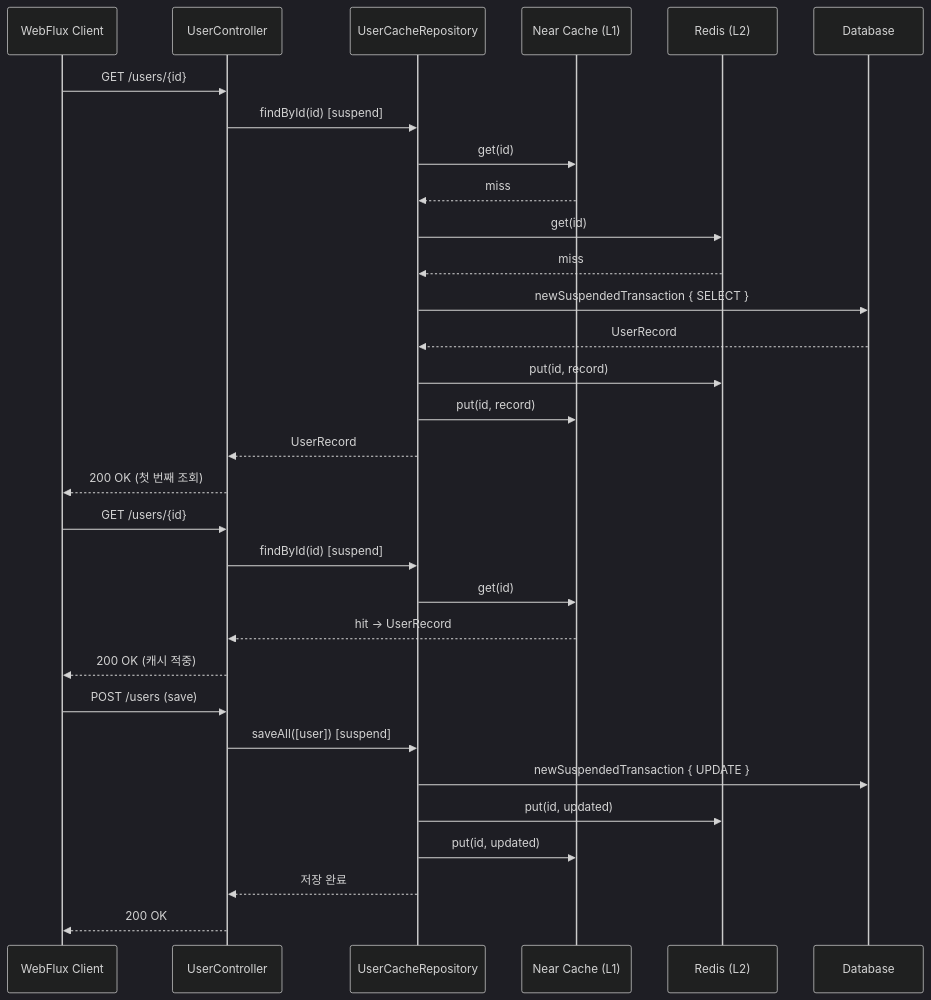
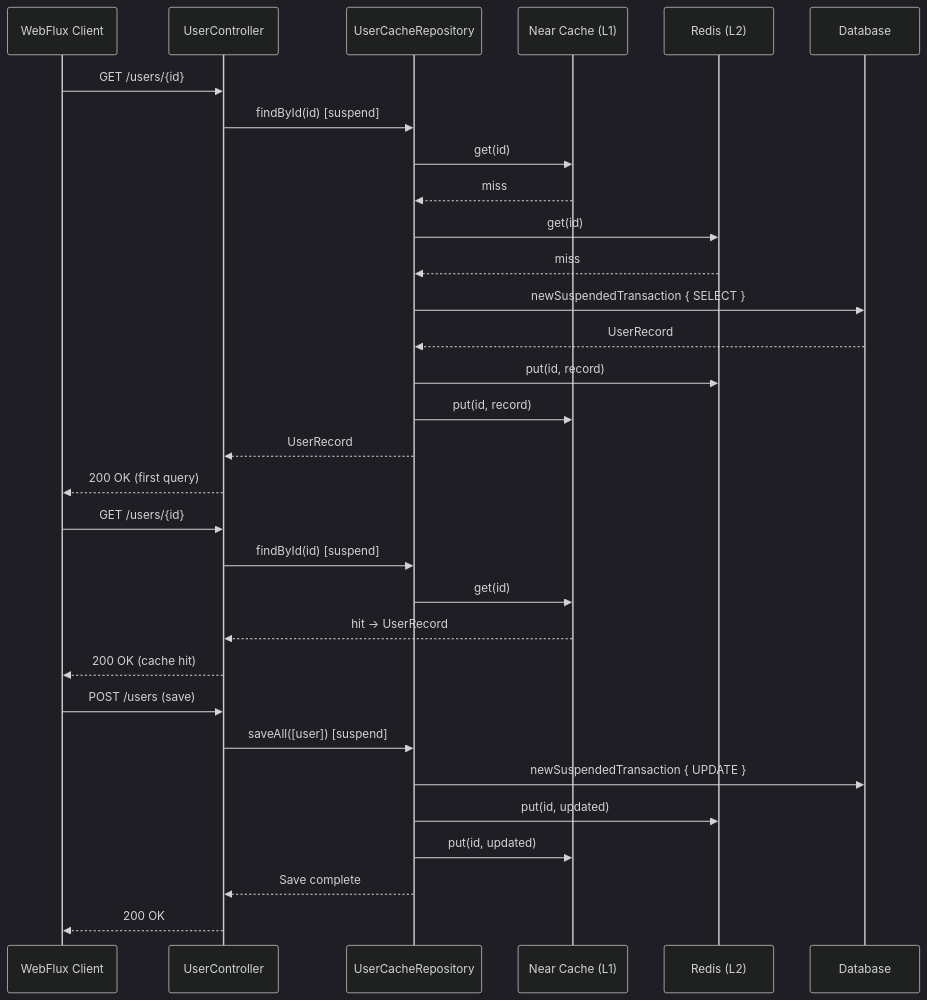
The fourth of 4 diagrams in 11-high-performance/02-cache-strategies-coroutines/README.md (bluetape4k/exposed-workshop), drawn with Mermaid (dark theme) before and after one commit. The commit also changed other lines of this file and 115 other files, not shown here.

````diff
--- a/11-high-performance/02-cache-strategies-coroutines/README.md
+++ b/11-high-performance/02-cache-strategies-coroutines/README.md
@@ -175,33 +176,33 @@
 ```mermaid
 sequenceDiagram
     participant C as WebFlux Client
     participant Ctrl as UserController
     participant R as UserCacheRepository
     participant NC as Near Cache (L1)
     participant RD as Redis (L2)
     participant DB as Database
     C ->> Ctrl: GET /users/{id}
     Ctrl ->> R: findById(id) [suspend]
     R ->> NC: get(id)
     NC -->> R: miss
     R ->> RD: get(id)
     RD -->> R: miss
     R ->> DB: newSuspendedTransaction { SELECT }
     DB -->> R: UserRecord
     R ->> RD: put(id, record)
     R ->> NC: put(id, record)
     R -->> Ctrl: UserRecord
-    Ctrl -->> C: 200 OK (첫 번째 조회)
+    Ctrl -->> C: 200 OK (first query)
     C ->> Ctrl: GET /users/{id}
     Ctrl ->> R: findById(id) [suspend]
     R ->> NC: get(id)
     NC -->> Ctrl: hit → UserRecord
-    Ctrl -->> C: 200 OK (캐시 적중)
+    Ctrl -->> C: 200 OK (cache hit)
     C ->> Ctrl: POST /users (save)
     Ctrl ->> R: saveAll([user]) [suspend]
     R ->> DB: newSuspendedTransaction { UPDATE }
     R ->> RD: put(id, updated)
     R ->> NC: put(id, updated)
-    R -->> Ctrl: 저장 완료
+    R -->> Ctrl: Save complete
     Ctrl -->> C: 200 OK
 ```
````
